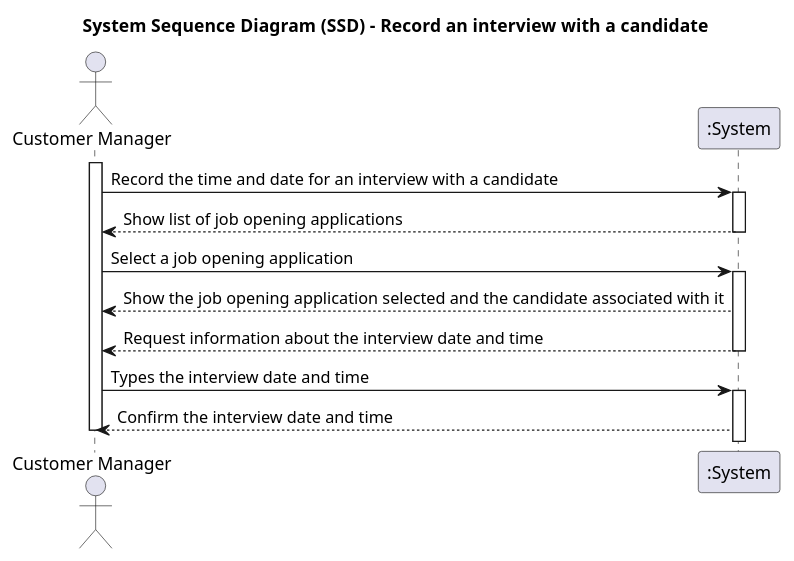
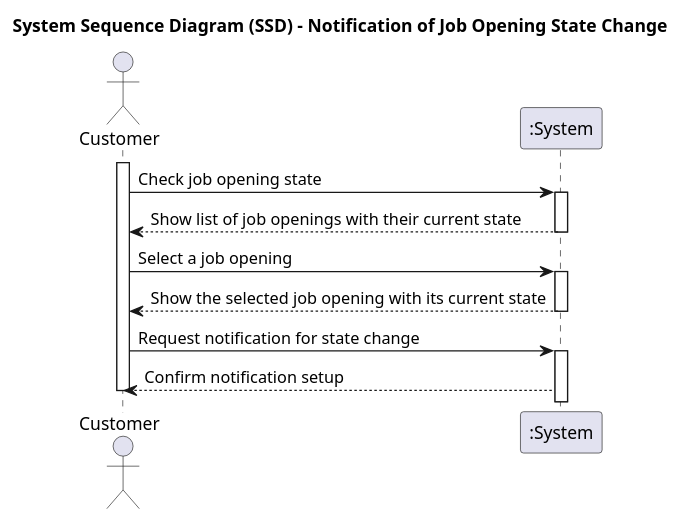
The diagram in docs/sprintC/3003/puml/3003-system-sequence-diagram.puml (marcoferreira37/Lapr4), drawn with PlantUML before and after one commit. The commit also changed 2 other files, not shown here.

Commit message:
#52 [US3003] - Update of the files domain model and system sequence diagram

```diff
--- a/docs/sprintC/3003/puml/3003-system-sequence-diagram.puml
+++ b/docs/sprintC/3003/puml/3003-system-sequence-diagram.puml
@@ -1,35 +1,28 @@
 @startuml
-'skinparam monochrome true
-'skinparam packageStyle rectangle
-'skinparam shadowing false
+title System Sequence Diagram (SSD) - Notification of Job Opening State Change
 
-title System Sequence Diagram (SSD) -  Record an interview with a candidate
-
-actor "Customer Manager" as Agent
+actor "Customer" as Customer
 participant ":System" as System
 
-activate Agent
+activate Customer
 
-Agent -> System : Record the time and date for an interview with a candidate
+Customer -> System : Check job opening state
 activate System
 
-System --> Agent: Show list of job opening applications
+System --> Customer: Show list of job openings with their current state
 deactivate
 
-Agent -> System : Select a job opening application
+Customer -> System : Select a job opening
 activate System
 
-System --> Agent : Show the job opening application selected and the candidate associated with it
-System --> Agent : Request information about the interview date and time
+System --> Customer : Show the selected job opening with its current state
 deactivate
 
-Agent -> System : Types the interview date and time
+Customer -> System : Request notification for state change
 activate System
 
-System --> Agent : Confirm the interview date and time
+System --> Customer : Confirm notification setup
 
-
-
-deactivate Agent
+deactivate Customer
 
 @enduml
```
